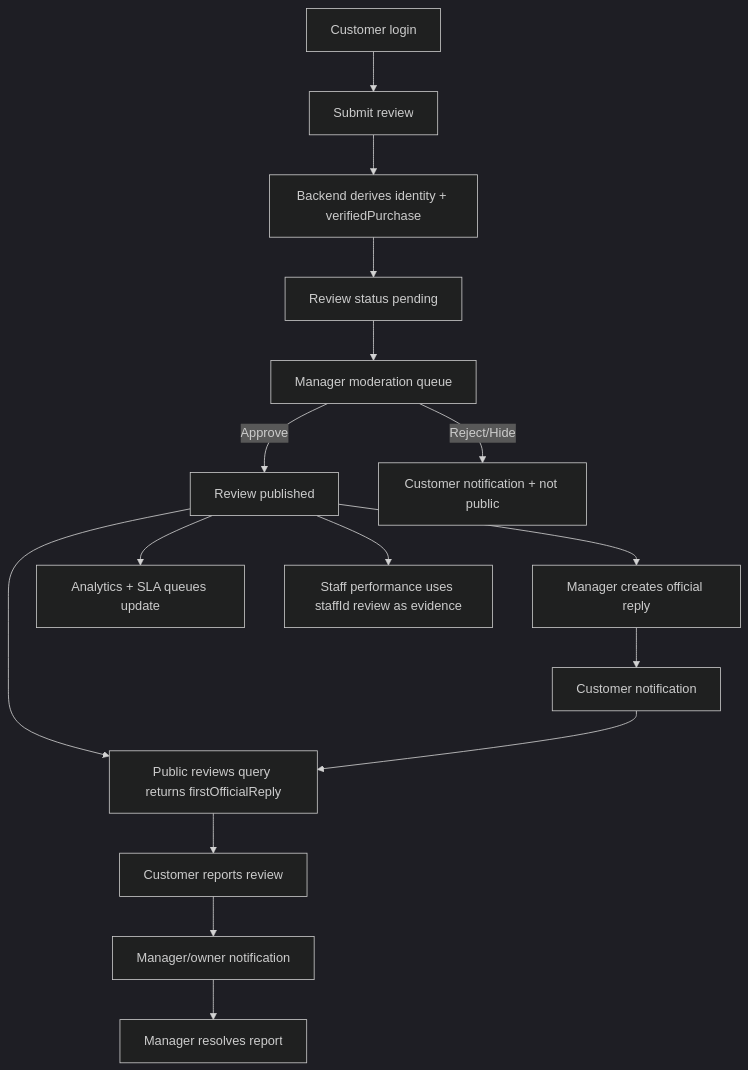
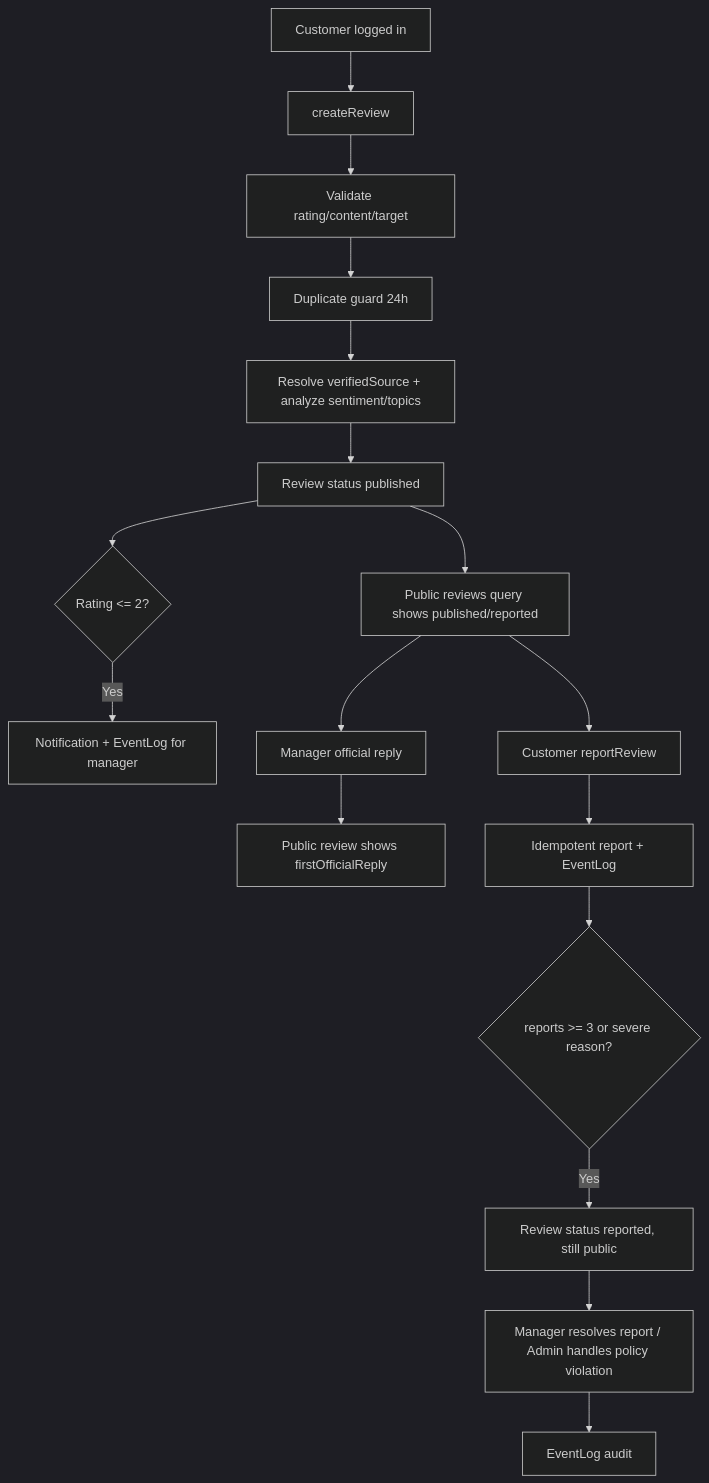
The diagram in docs/review-module-graduation-demo.md (LQVCohan/cohan-restaurant-app), drawn with Mermaid (dark theme) before and after one commit. The commit also changed other lines of this file and 19 other files, not shown here.

Commit message:
Make review flow transparent by default

````diff
--- a/docs/review-module-graduation-demo.md
+++ b/docs/review-module-graduation-demo.md
@@ -28,18 +26,19 @@
 ```mermaid
 flowchart TD
-  A[Customer login] --> B[Submit review]
-  B --> C[Backend derives identity + verifiedPurchase]
-  C --> D[Review status pending]
-  D --> E[Manager moderation queue]
-  E -->|Approve| F[Review published]
-  E -->|Reject/Hide| G[Customer notification + not public]
-  F --> H[Public reviews query returns firstOfficialReply]
-  F --> I[Manager creates official reply]
-  I --> J[Customer notification]
-  J --> H
-  H --> K[Customer reports review]
-  K --> L[Manager/owner notification]
-  L --> M[Manager resolves report]
-  F --> N[Analytics + SLA queues update]
-  F --> O[Staff performance uses staffId review as evidence]
+  A[Customer logged in] --> B[createReview]
+  B --> C[Validate rating/content/target]
+  C --> D[Duplicate guard 24h]
+  D --> E[Resolve verifiedSource + analyze sentiment/topics]
+  E --> F[Review status published]
+  F --> G[Public reviews query shows published/reported]
+  F --> H{Rating <= 2?}
+  H -->|Yes| I[Notification + EventLog for manager]
+  G --> J[Manager official reply]
+  J --> K[Public review shows firstOfficialReply]
+  G --> L[Customer reportReview]
+  L --> M[Idempotent report + EventLog]
+  M --> N{reports >= 3 or severe reason?}
+  N -->|Yes| O[Review status reported, still public]
+  O --> P[Manager resolves report / Admin handles policy violation]
+  P --> Q[EventLog audit]
 ```
````
